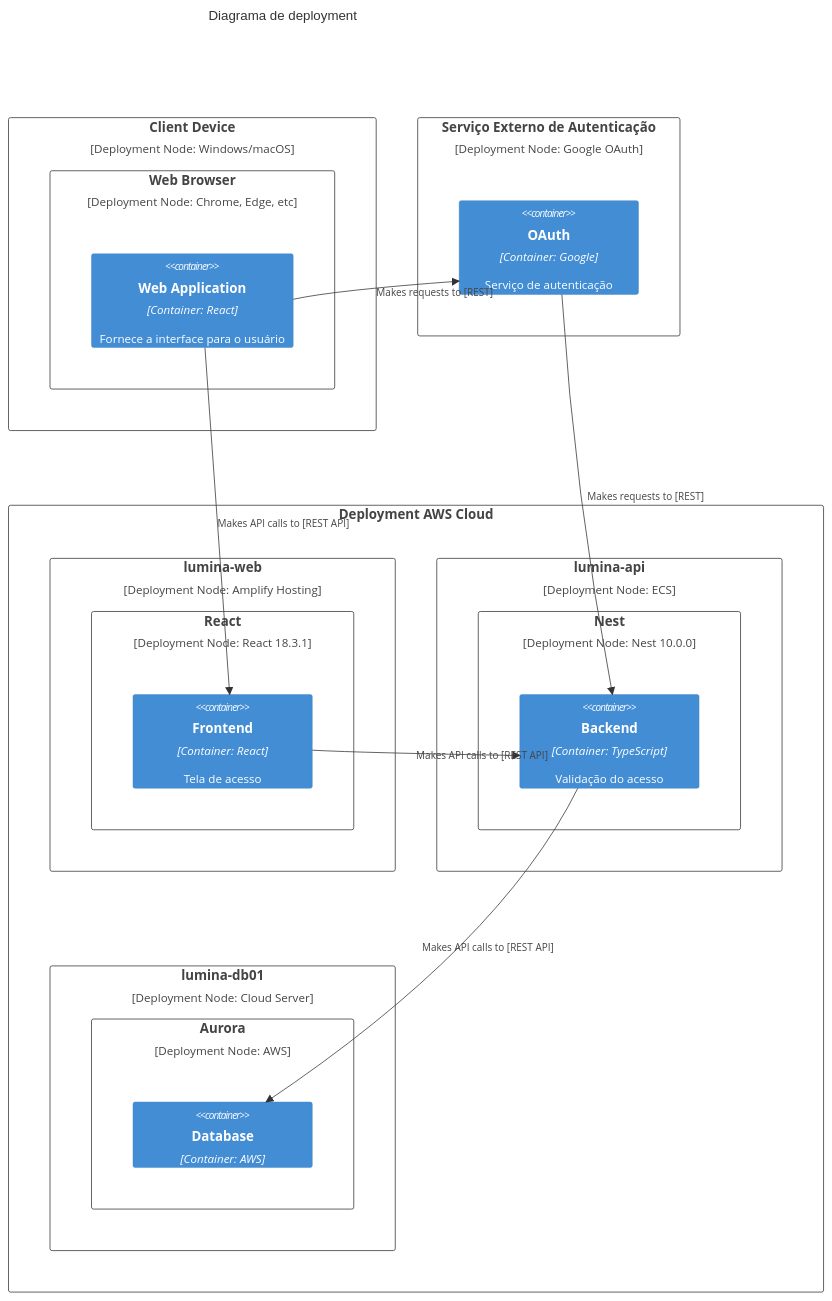
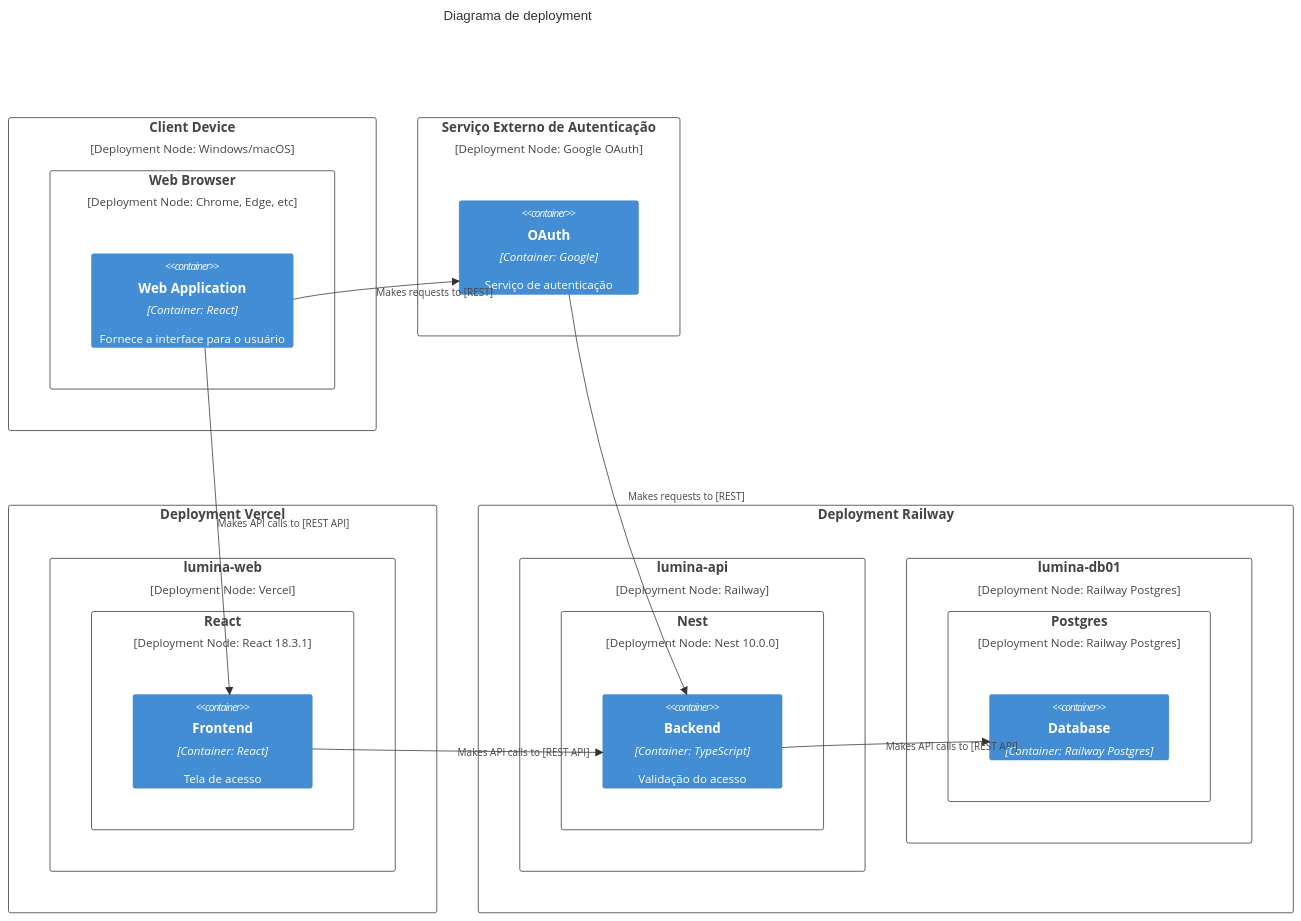
The diagram in docs/diagrama_de_deployment.md (PalomaSts/PUC-Lumina-frontend), drawn with Mermaid before and after one commit. The commit also changed 2 other files, not shown here.

Commit message:
<fix> ajuste dos diagramas

````diff
--- a/docs/diagrama_de_deployment.md
+++ b/docs/diagrama_de_deployment.md
@@ -1,41 +1,43 @@
 ```mermaid
 C4Deployment
 title Diagrama de deployment
 
 Deployment_Node(client_device, "Client Device", "Deployment Node: Windows/macOS") {
     Deployment_Node(web_browser, "Web Browser", "Deployment Node: Chrome, Edge, etc") {
         Container(web_app, "Web Application", "Container: React", "Fornece a interface para o usuário")
     }
 }
 
 Deployment_Node(oauth_node, "Serviço Externo de Autenticação", "Deployment Node: Google OAuth") {
     Container(oauth, "OAuth", "Container: Google", "Serviço de autenticação")
 }
 
-Deployment_Node(aws_cloud, "Deployment AWS Cloud", "") {
-
-    Deployment_Node(lumina_web, "lumina-web", "Deployment Node: Amplify Hosting") {
+Deployment_Node(vercel_cloud, "Deployment Vercel", "") {
+    Deployment_Node(lumina_web, "lumina-web", "Deployment Node: Vercel") {
         Deployment_Node(react_node, "React", "Deployment Node: React 18.3.1") {
             Container(frontend, "Frontend", "Container: React", "Tela de acesso")
         }
     }
+}
 
-    Deployment_Node(lumina_api, "lumina-api", "Deployment Node: ECS") {
+Deployment_Node(railway_cloud, "Deployment Railway", "") {
+
+    Deployment_Node(lumina_api, "lumina-api", "Deployment Node: Railway") {
         Deployment_Node(nest_node, "Nest", "Deployment Node: Nest 10.0.0") {
             Container(backend, "Backend", "Container: TypeScript", "Validação do acesso")
         }
     }
 
-    Deployment_Node(lumina_db, "lumina-db01", "Deployment Node: Cloud Server") {
-        Deployment_Node(aurora_node, "Aurora", "Deployment Node: AWS") {
-            Container(database, "Database", "Container: AWS", "")
+    Deployment_Node(lumina_db, "lumina-db01", "Deployment Node: Railway Postgres") {
+        Deployment_Node(postgres_node, "Postgres", "Deployment Node: Railway Postgres") {
+            Container(database, "Database", "Container: Railway Postgres", "")
         }
     }
 }
 
 Rel(web_app, frontend, "Makes API calls to [REST API]")
 Rel(frontend, backend, "Makes API calls to [REST API]")
 Rel(backend, database, "Makes API calls to [REST API]")
 Rel(web_app, oauth, "Makes requests to [REST]")
 Rel(oauth, backend, "Makes requests to [REST]")
 ```
````
